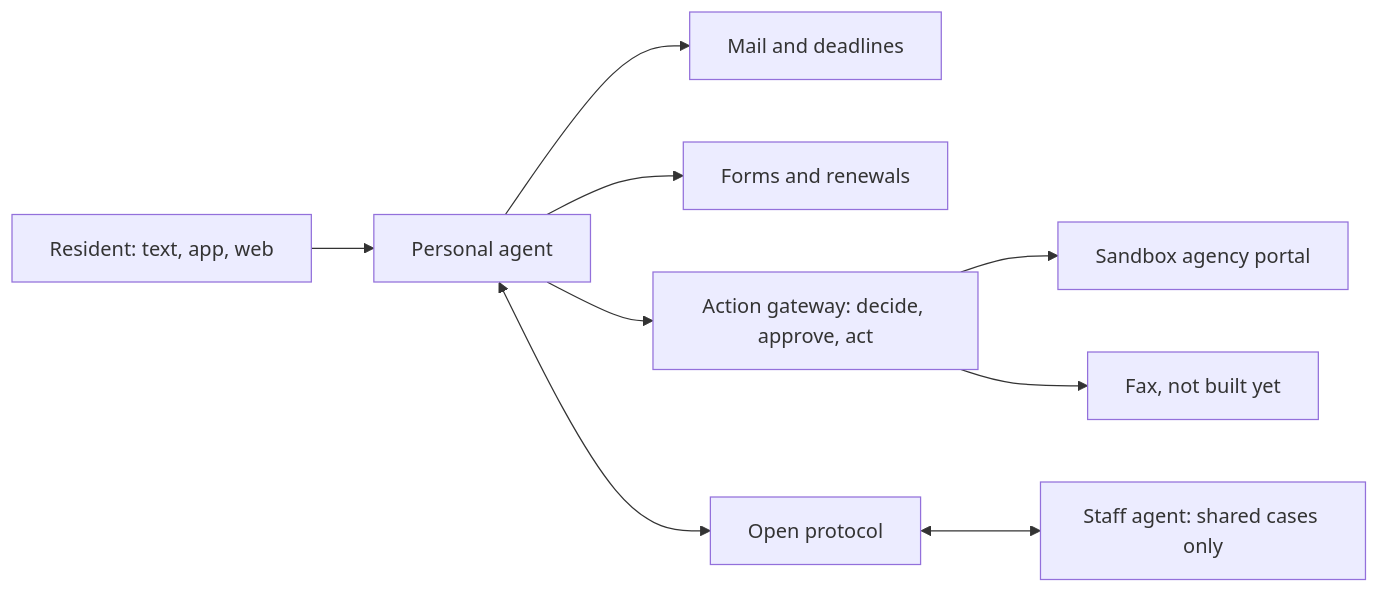
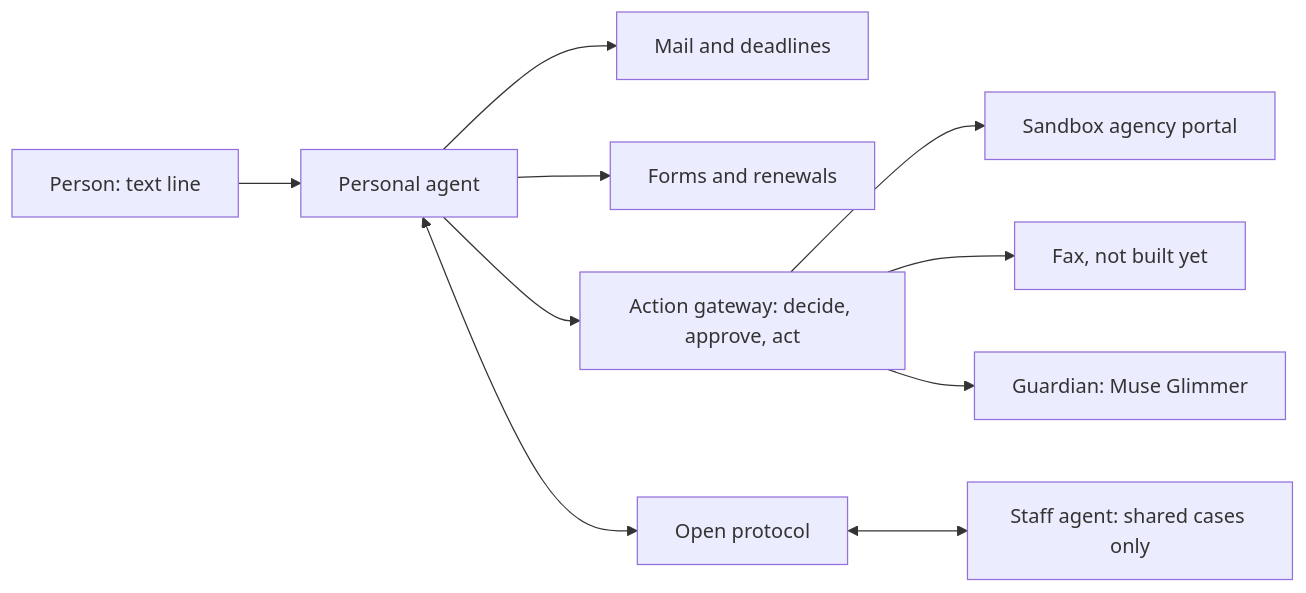
Before and after one commit to mrcoven94/mano: the diagram in README.md, drawn with Mermaid. The commit also changed other lines of this file and 2 other files, not shown here.

````diff
--- a/README.md
+++ b/README.md
@@ -22,11 +90,12 @@
 ```mermaid
 flowchart LR
-    resident[Resident: text, app, web] --> agent[Personal agent]
+    resident[Person: text line] --> agent[Personal agent]
     agent --> mail[Mail and deadlines]
     agent --> forms[Forms and renewals]
     agent --> gateway[Action gateway: decide, approve, act]
     gateway --> portal[Sandbox agency portal]
     gateway --> fax[Fax, not built yet]
     agent <--> protocol[Open protocol]
     protocol <--> staff[Staff agent: shared cases only]
+    gateway --> guardian[Guardian: Muse Glimmer]
 ```
````
